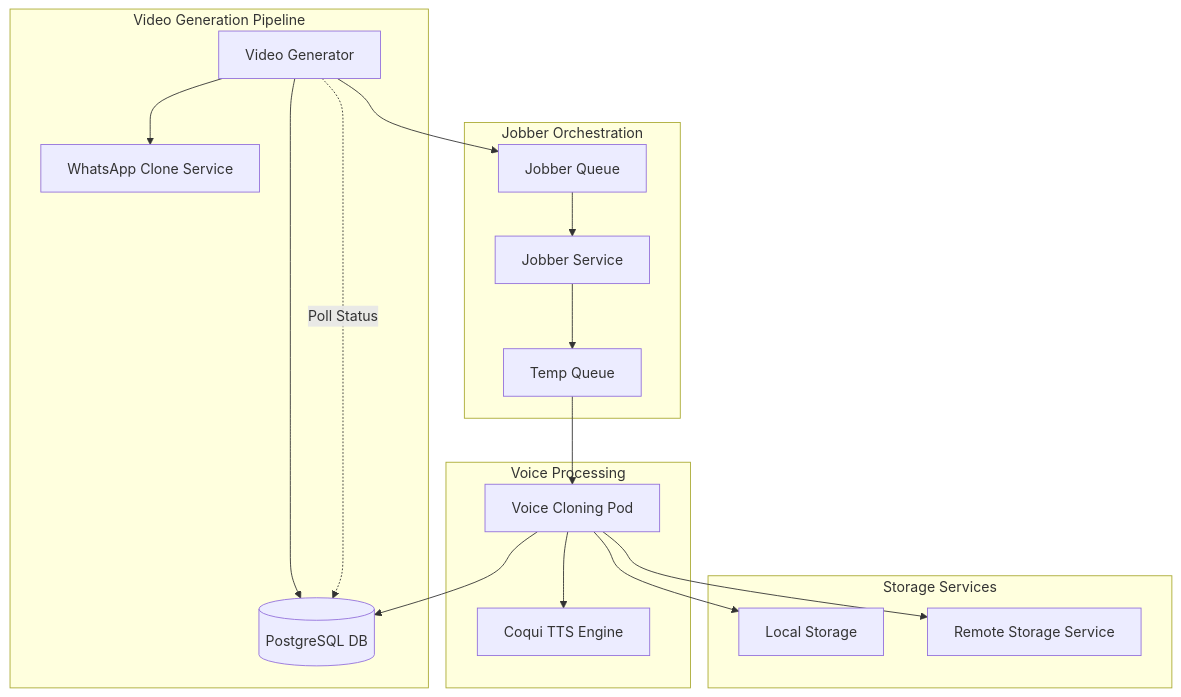
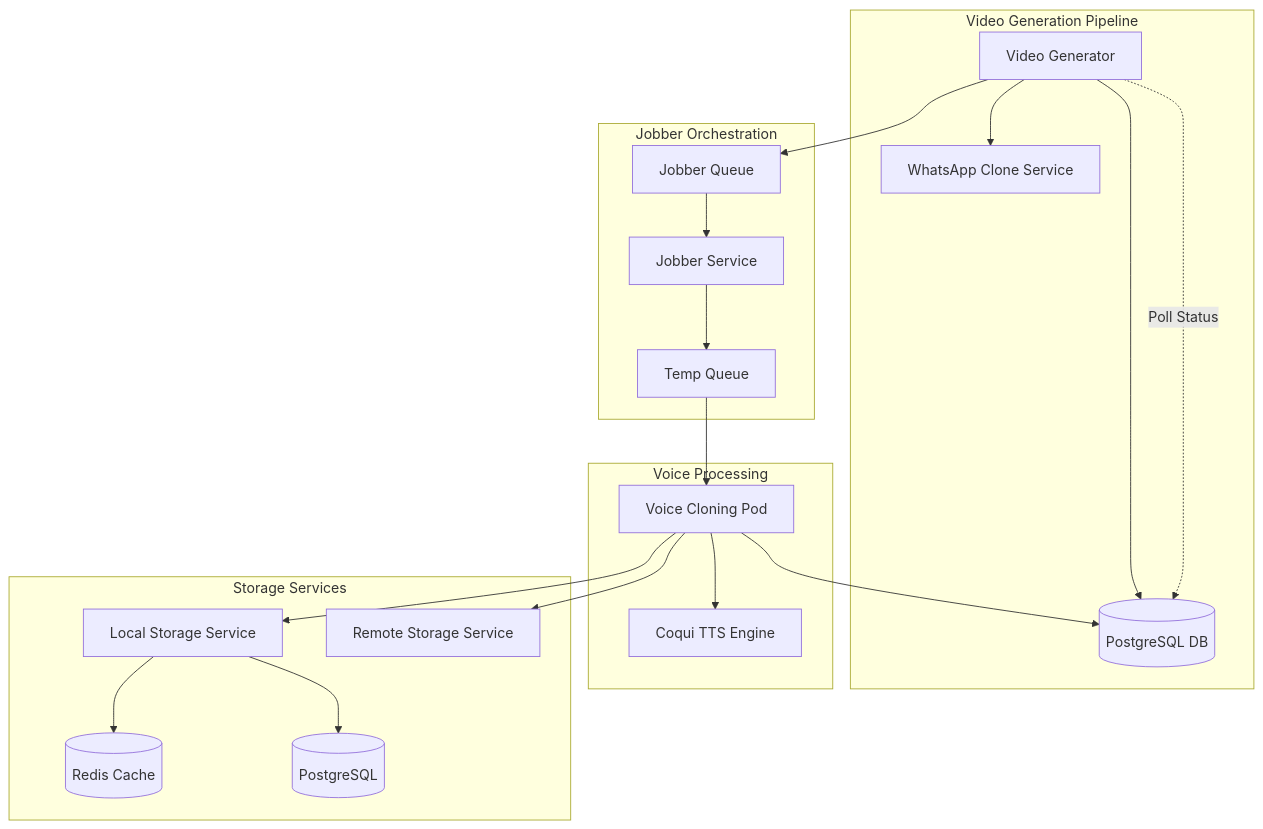
Before and after one commit to ragnarcb/makeMoney: the second of 6 diagrams in README.md, drawn with Mermaid. The commit also changed other lines of this file and 4 other files, not shown here.

First line of the commit message:
Enhance README documentation and integrate local storage service

````diff
--- a/README.md
+++ b/README.md
@@ -27,37 +123,41 @@
 ```mermaid
 graph TB
     subgraph "Video Generation Pipeline"
         VG[Video Generator]
         WG[WhatsApp Clone Service]
         DB[(PostgreSQL DB)]
     end
     
     subgraph "Jobber Orchestration"
         JQ[Jobber Queue]
         JB[Jobber Service]
         TQ[Temp Queue]
     end
     
     subgraph "Voice Processing"
         VC[Voice Cloning Pod]
         TTS[Coqui TTS Engine]
     end
     
     subgraph "Storage Services"
-        LS[Local Storage]
+        LS[Local Storage Service]
         RS[Remote Storage Service]
+        RD[(Redis Cache)]
+        PG[(PostgreSQL)]
     end
     
     VG --> DB
     VG --> WG
     VG --> JQ
     JQ --> JB
     JB --> TQ
     TQ --> VC
     VC --> TTS
     VC --> DB
     VC --> LS
     VC --> RS
+    LS --> RD
+    LS --> PG
     
     VG -.->|Poll Status| DB
 ```
````
